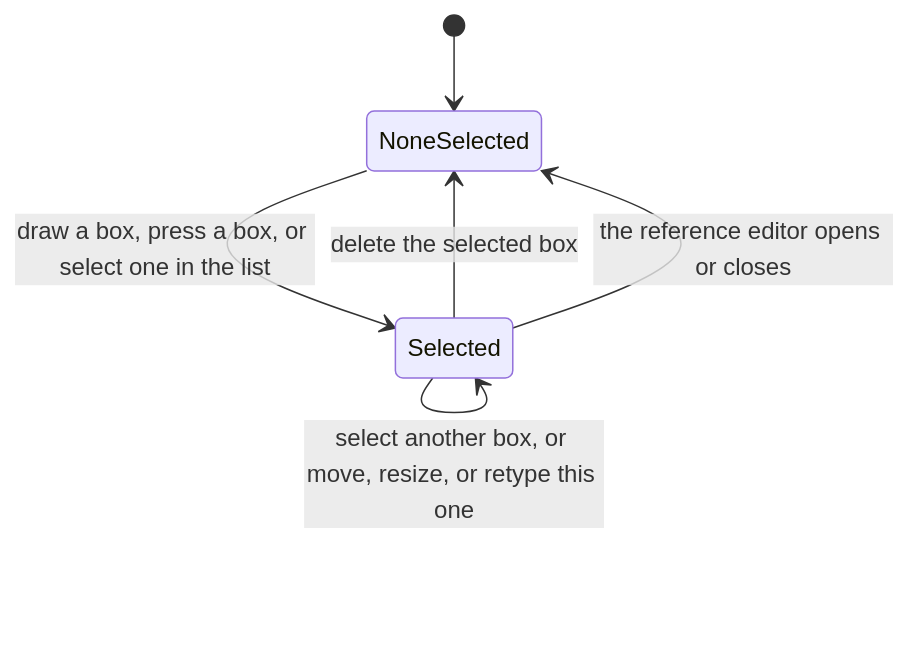
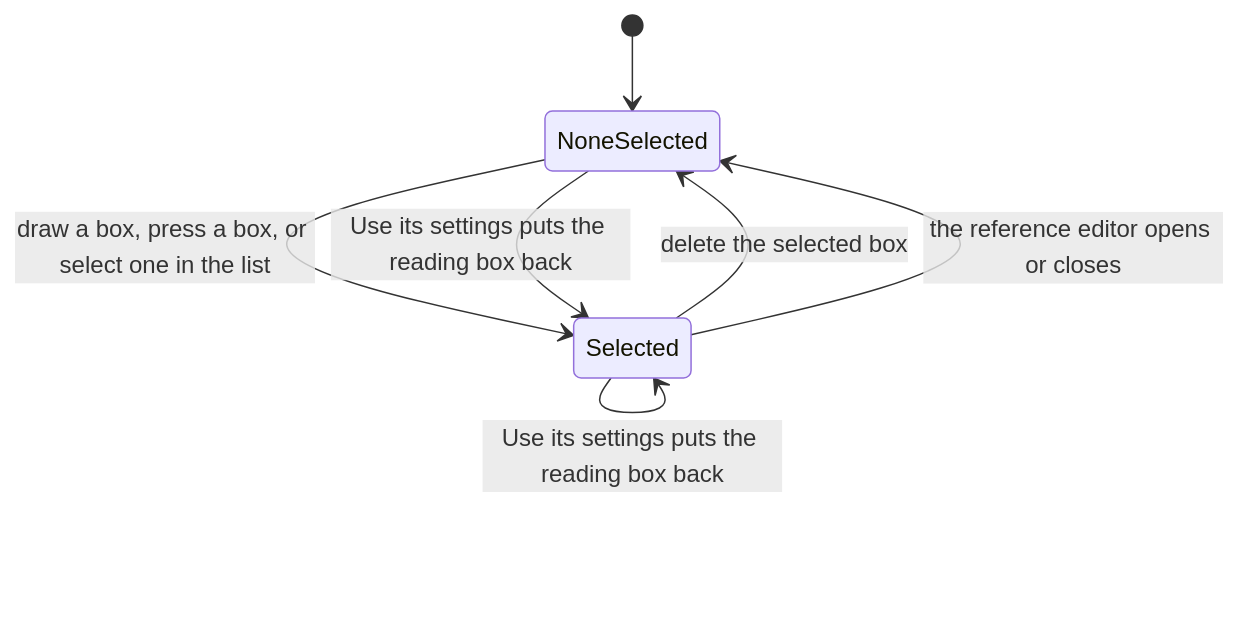
Diagram 27 of 38 in wiki/State-machines.md (TheLunchTrae/appy-tappy), drawn with Mermaid before and after one commit. The commit also changed other lines of this file and 4 other files, not shown here.

First line of the commit message:
docs: describe the reading box, reread and live draw changes

````diff
--- a/wiki/State-machines.md
+++ b/wiki/State-machines.md
@@ -1612,8 +1629,10 @@
 ```mermaid
 stateDiagram-v2
     [*] --> NoneSelected
     NoneSelected --> Selected: draw a box, press a box, or select one in the list
     Selected --> Selected: select another box, or move, resize, or retype this one
     Selected --> NoneSelected: delete the selected box
     Selected --> NoneSelected: the reference editor opens or closes
+    NoneSelected --> Selected: Use its settings puts the reading box back
+    Selected --> Selected: Use its settings puts the reading box back
 ```
````
